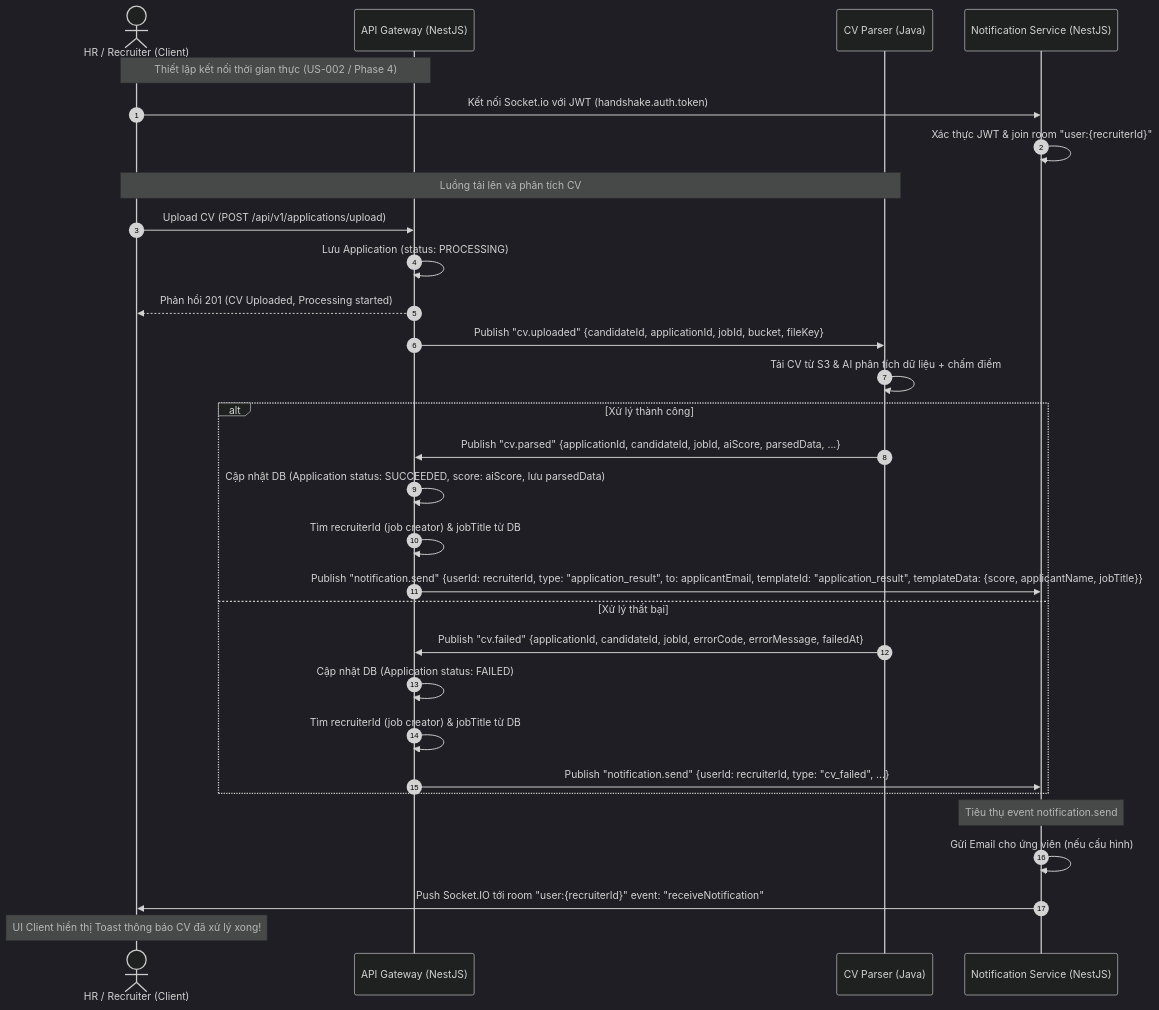
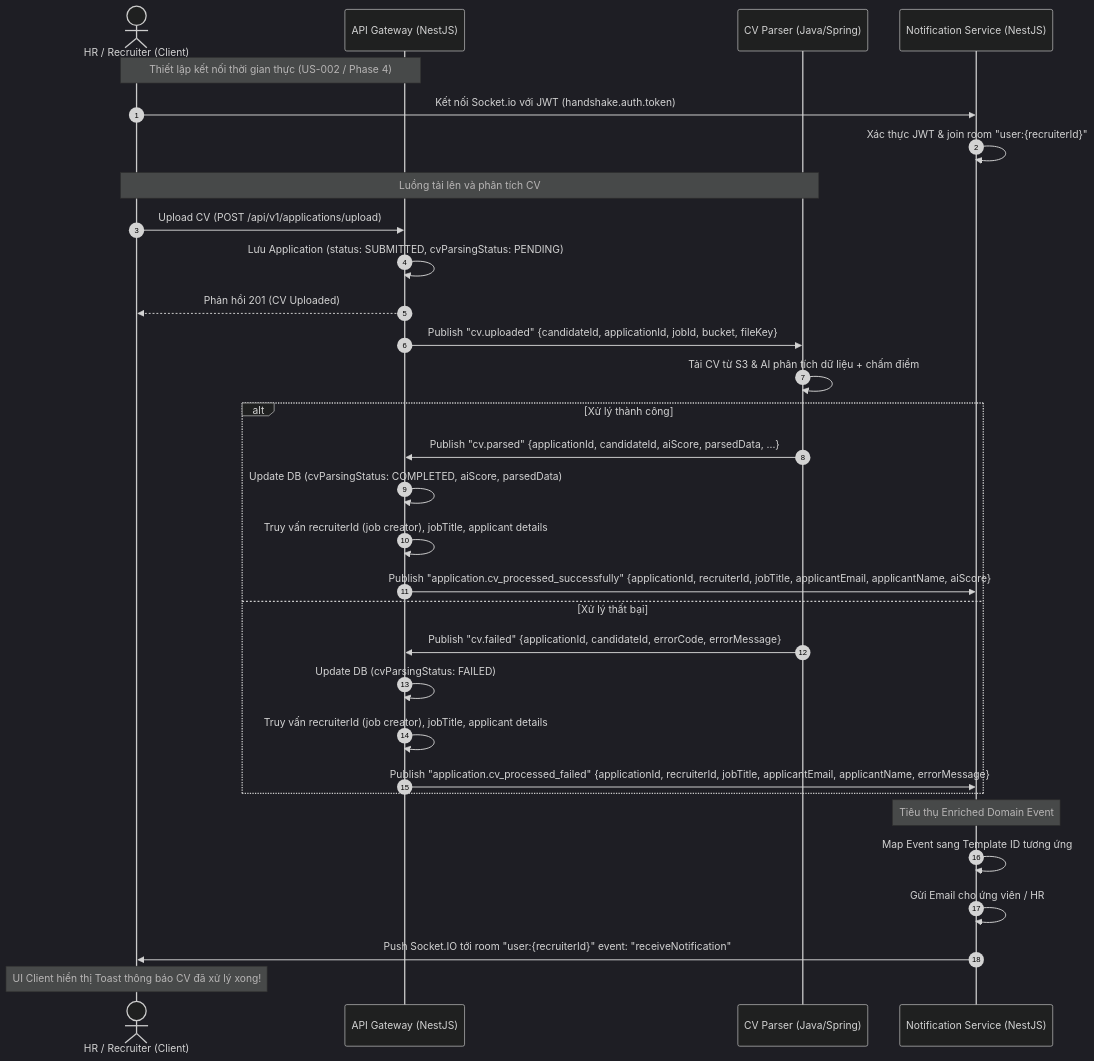
The diagram in docs/contracts/cv-parsing-notification-contract.md (vuongng2212/TalentFlow-AI-Backend), drawn with Mermaid (dark theme) before and after one commit. The commit also changed other lines of this file and 1 other file, not shown here.

Commit message:
fix: update notification service description and event handling in documentation

````diff
--- a/docs/contracts/cv-parsing-notification-contract.md
+++ b/docs/contracts/cv-parsing-notification-contract.md
@@ -19,37 +20,38 @@
 ```mermaid
 sequenceDiagram
     autonumber
     actor HR as HR / Recruiter (Client)
     participant GW as API Gateway (NestJS)
-    participant Parser as CV Parser (Java)
+    participant Parser as CV Parser (Java/Spring)
     participant Notif as Notification Service (NestJS)
 
     Note over HR, GW: Thiết lập kết nối thời gian thực (US-002 / Phase 4)
     HR->>Notif: Kết nối Socket.io với JWT (handshake.auth.token)
     Notif->>Notif: Xác thực JWT & join room "user:{recruiterId}"
     
     Note over HR, Parser: Luồng tải lên và phân tích CV
     HR->>GW: Upload CV (POST /api/v1/applications/upload)
-    GW->>GW: Lưu Application (status: PROCESSING)
-    GW-->>HR: Phản hồi 201 (CV Uploaded, Processing started)
+    GW->>GW: Lưu Application (status: SUBMITTED, cvParsingStatus: PENDING)
+    GW-->>HR: Phản hồi 201 (CV Uploaded)
     GW->>Parser: Publish "cv.uploaded" {candidateId, applicationId, jobId, bucket, fileKey}
     
     Parser->>Parser: Tải CV từ S3 & AI phân tích dữ liệu + chấm điểm
     
     alt Xử lý thành công
-        Parser->>GW: Publish "cv.parsed" {applicationId, candidateId, jobId, aiScore, parsedData, ...}
-        GW->>GW: Cập nhật DB (Application status: SUCCEEDED, score: aiScore, lưu parsedData)
-        GW->>GW: Tìm recruiterId (job creator) & jobTitle từ DB
-        GW->>Notif: Publish "notification.send" {userId: recruiterId, type: "application_result", to: applicantEmail, templateId: "application_result", templateData: {score, applicantName, jobTitle}}
+        Parser->>GW: Publish "cv.parsed" {applicationId, candidateId, aiScore, parsedData, ...}
+        GW->>GW: Update DB (cvParsingStatus: COMPLETED, aiScore, parsedData)
+        GW->>GW: Truy vấn recruiterId (job creator), jobTitle, applicant details
+        GW->>Notif: Publish "application.cv_processed_successfully" {applicationId, recruiterId, jobTitle, applicantEmail, applicantName, aiScore}
     else Xử lý thất bại
-        Parser->>GW: Publish "cv.failed" {applicationId, candidateId, jobId, errorCode, errorMessage, failedAt}
-        GW->>GW: Cập nhật DB (Application status: FAILED)
-        GW->>GW: Tìm recruiterId (job creator) & jobTitle từ DB
-        GW->>Notif: Publish "notification.send" {userId: recruiterId, type: "cv_failed", ...}
+        Parser->>GW: Publish "cv.failed" {applicationId, candidateId, errorCode, errorMessage}
+        GW->>GW: Update DB (cvParsingStatus: FAILED)
+        GW->>GW: Truy vấn recruiterId (job creator), jobTitle, applicant details
+        GW->>Notif: Publish "application.cv_processed_failed" {applicationId, recruiterId, jobTitle, applicantEmail, applicantName, errorMessage}
     end
 
-    Note over Notif: Tiêu thụ event notification.send
-    Notif->>Notif: Gửi Email cho ứng viên (nếu cấu hình)
+    Note over Notif: Tiêu thụ Enriched Domain Event
+    Notif->>Notif: Map Event sang Template ID tương ứng
+    Notif->>Notif: Gửi Email cho ứng viên / HR
     Notif->>HR: Push Socket.IO tới room "user:{recruiterId}" event: "receiveNotification"
     Note over HR: UI Client hiển thị Toast thông báo CV đã xử lý xong!
 ```
````
